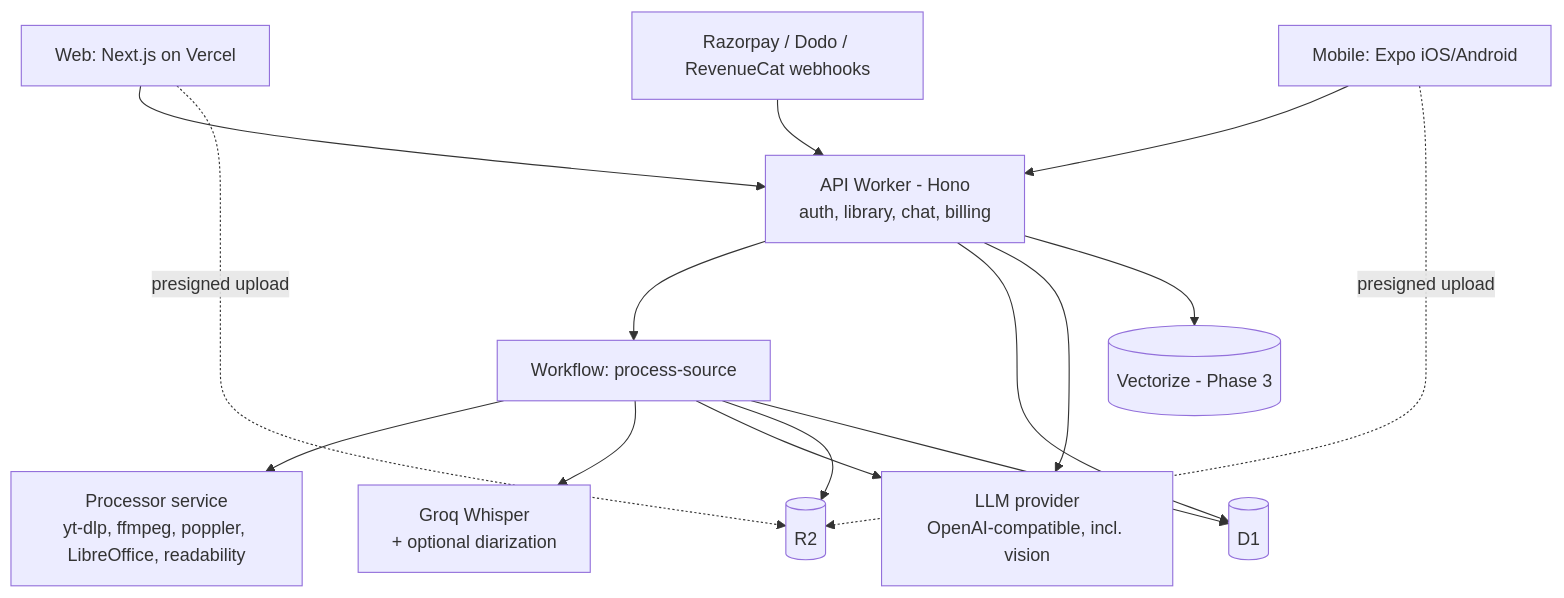
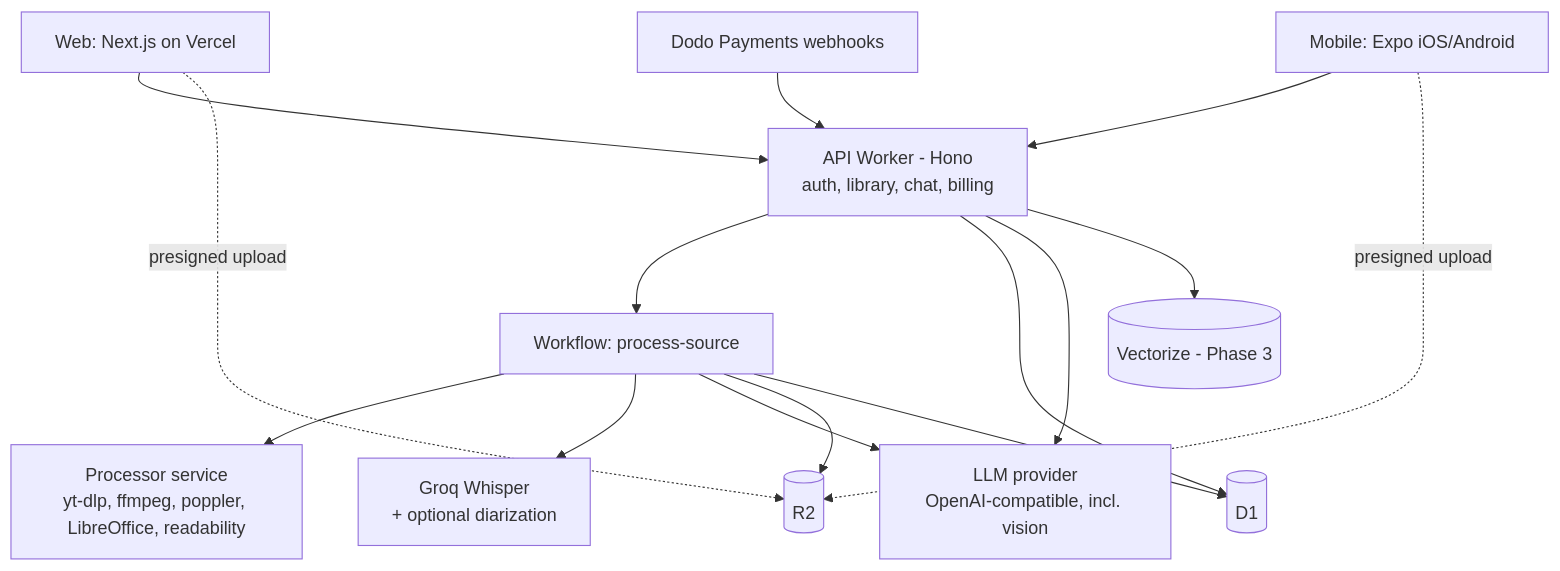
Before and after one commit to justanuragmaurya/anything2note: the diagram in plan.md, drawn with Mermaid. The commit also changed other lines of this file and 2 other files, not shown here.

Commit message:
docs: update plan and design docs for lecture tasks and Dodo billing

````diff
--- a/plan.md
+++ b/plan.md
@@ -100,17 +99,17 @@
 ```mermaid
 flowchart TD
   W[Web: Next.js on Vercel] --> API
   M[Mobile: Expo iOS/Android] --> API
   W -. presigned upload .-> R2
   M -. presigned upload .-> R2
   API[API Worker - Hono<br/>auth, library, chat, billing] --> WF[Workflow: process-source]
   WF --> P[Processor service<br/>yt-dlp, ffmpeg, poppler, LibreOffice, readability]
   WF --> STT[Groq Whisper<br/>+ optional diarization]
   WF --> L[LLM provider<br/>OpenAI-compatible, incl. vision]
   WF --> R2[(R2)]
   WF --> D1[(D1)]
   API --> D1
   API --> L
   API --> V[(Vectorize - Phase 3)]
-  PAY[Razorpay / Dodo / RevenueCat webhooks] --> API
+  PAY[Dodo Payments webhooks] --> API
 ```
````
